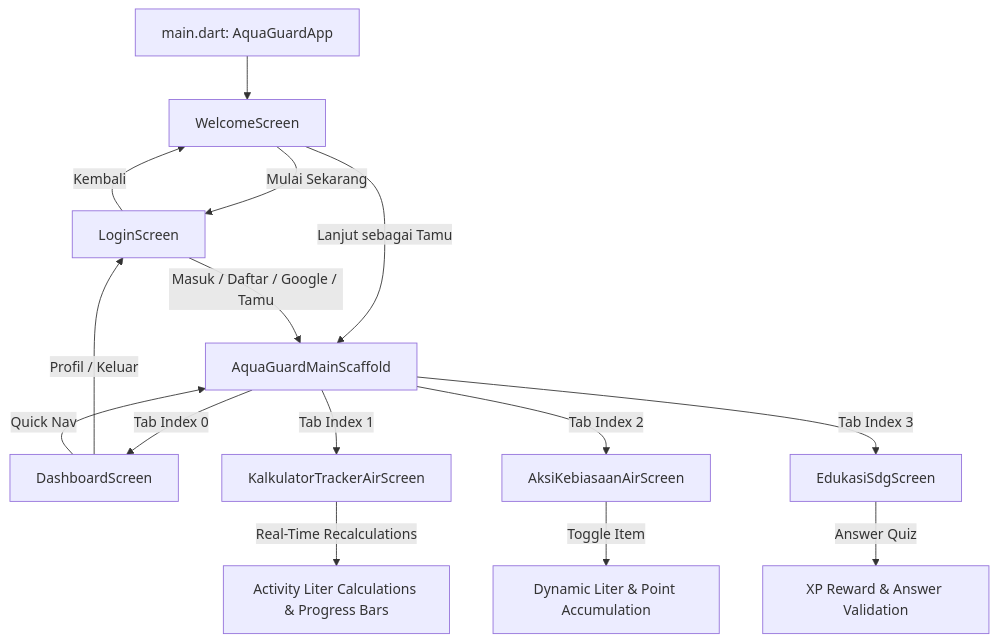
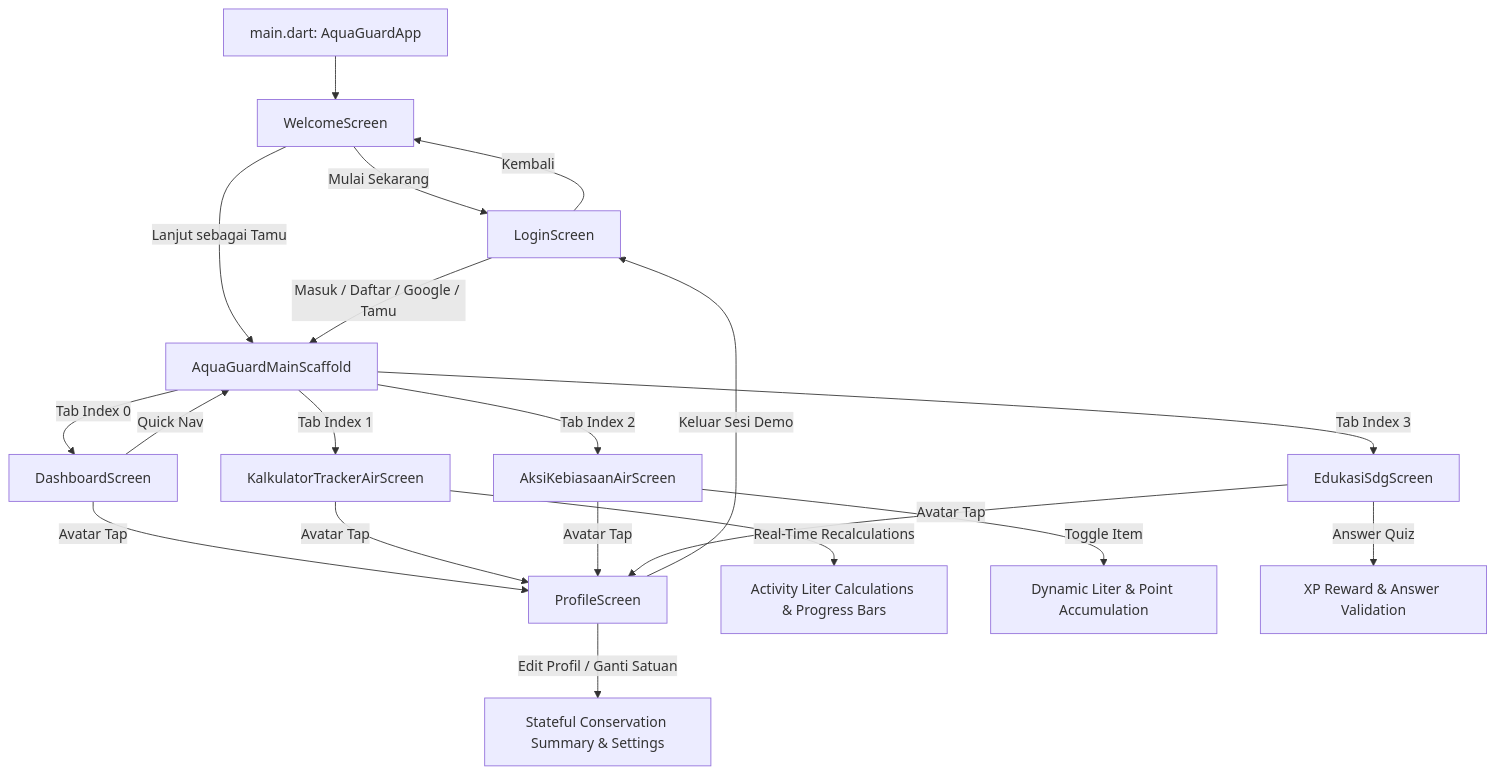
Before and after one commit to MitsuneX/Aqua-Guard: the diagram in README.md, drawn with Mermaid. The commit also changed other lines of this file and 6 other files, not shown here.

Commit message:
feat: implement AquaGuard user profile screen with conservation metrics, settings, and navigation

````diff
--- a/README.md
+++ b/README.md
@@ -73,18 +74,24 @@
 ```mermaid
 graph TD
     A[main.dart: AquaGuardApp] --> W[WelcomeScreen]
     W -->|Mulai Sekarang| L[LoginScreen]
     W -->|Lanjut sebagai Tamu| B[AquaGuardMainScaffold]
     L -->|Masuk / Daftar / Google / Tamu| B[AquaGuardMainScaffold]
     B -->|Tab Index 0| C[DashboardScreen]
     B -->|Tab Index 1| D[KalkulatorTrackerAirScreen]
     B -->|Tab Index 2| E[AksiKebiasaanAirScreen]
     B -->|Tab Index 3| F[EdukasiSdgScreen]
-    C -->|Profil / Keluar| L
+    
+    C -->|Avatar Tap| P[ProfileScreen]
+    D -->|Avatar Tap| P
+    E -->|Avatar Tap| P
+    F -->|Avatar Tap| P
+    P -->|Keluar Sesi Demo| L
     L -->|Kembali| W
 
     C -->|Quick Nav| B
     D -->|Real-Time Recalculations| D1[Activity Liter Calculations & Progress Bars]
     E -->|Toggle Item| E1[Dynamic Liter & Point Accumulation]
     F -->|Answer Quiz| F1[XP Reward & Answer Validation]
+    P -->|Edit Profil / Ganti Satuan| P1[Stateful Conservation Summary & Settings]
 ```
````
